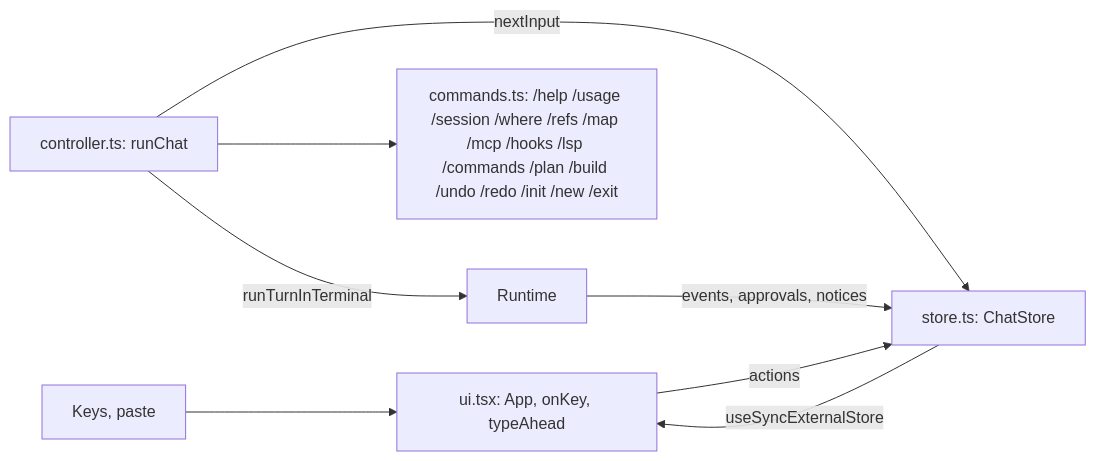
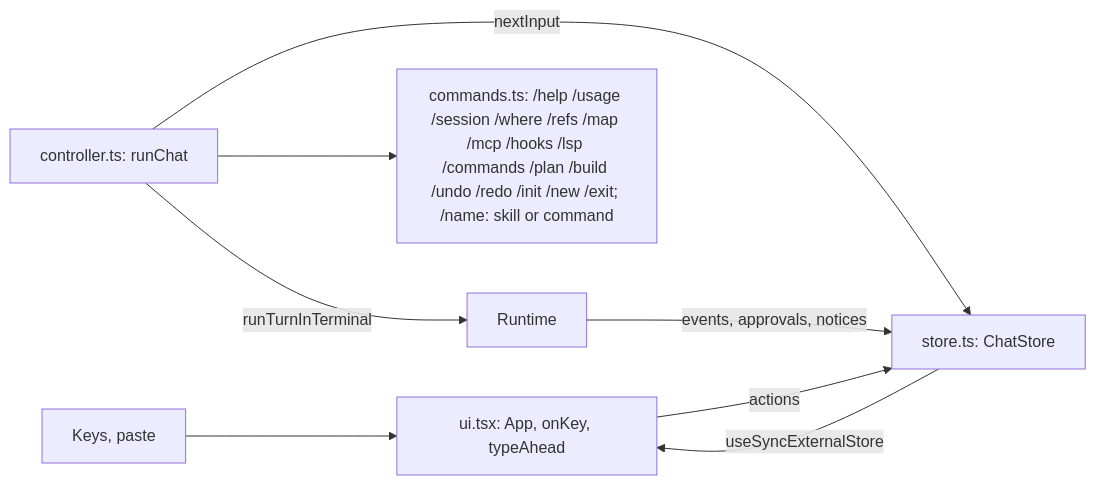
One commit to madhu-sv/garuda changed the diagram in docs/lld/cli.md. Above: the diagram before and after it, drawn with Mermaid. The commit also changed 20 other files, not shown here.

````diff
--- a/docs/lld/cli.md
+++ b/docs/lld/cli.md
@@ -108,10 +108,10 @@
 ```mermaid
 flowchart LR
   keys[Keys, paste] --> ui[ui.tsx: App, onKey, typeAhead]
   ui -->|actions| store[store.ts: ChatStore]
   store -->|useSyncExternalStore| ui
   ctrl[controller.ts: runChat] -->|nextInput| store
-  ctrl --> cmds[commands.ts: /help /usage /session /where /refs /map /mcp /hooks /lsp /commands /plan /build /undo /redo /init /new /exit]
+  ctrl --> cmds[commands.ts: /help /usage /session /where /refs /map /mcp /hooks /lsp /commands /plan /build /undo /redo /init /new /exit; /name: skill or command]
   ctrl -->|runTurnInTerminal| rt[Runtime]
   rt -->|events, approvals, notices| store
 ```
````
